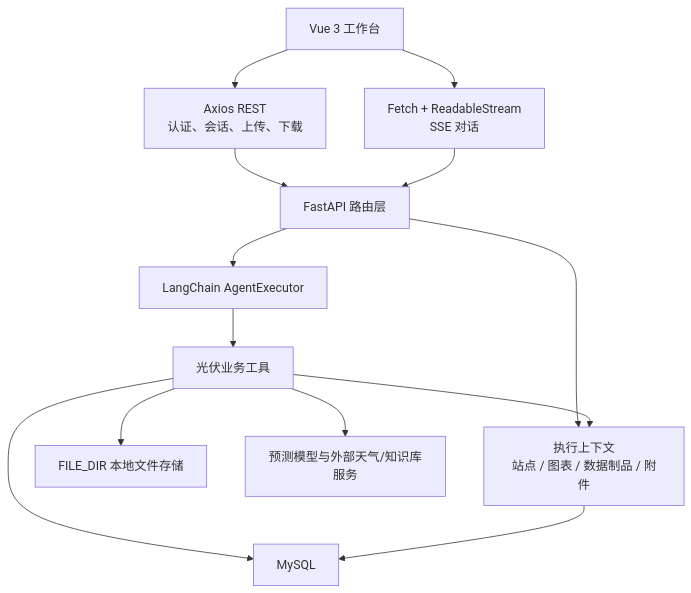
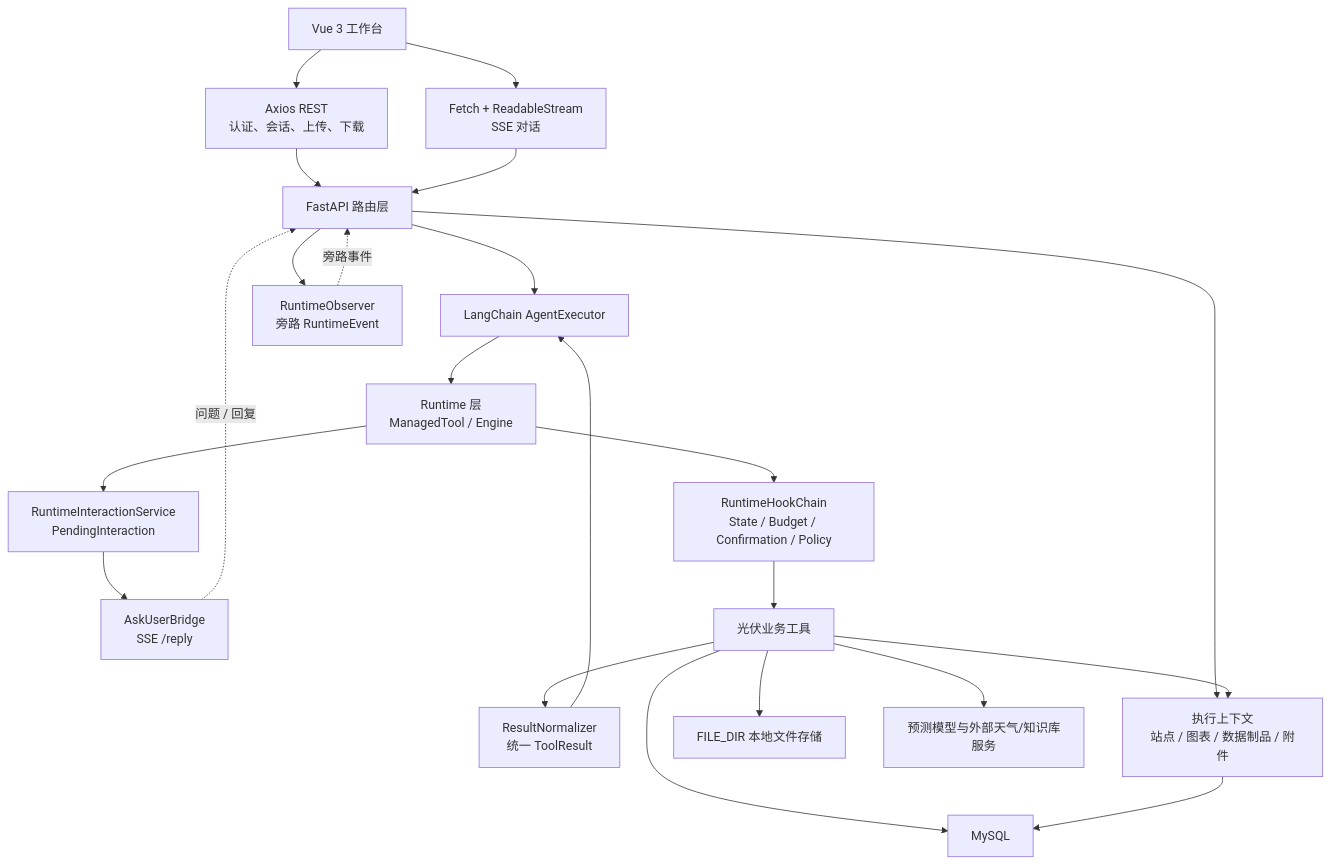
The fourth of 4 diagrams in README.md (yke6519-droid/SOLVIA), drawn with Mermaid before and after one commit. The commit also changed other lines of this file, not shown here.

Commit message:
更新了Runtime层的架构图

````diff
--- a/README.md
+++ b/README.md
@@ -249,26 +256,41 @@
 ```mermaid
 flowchart TB
     FE["Vue 3 工作台"]
     REST["Axios REST<br/>认证、会话、上传、下载"]
     SSE["Fetch + ReadableStream<br/>SSE 对话"]
     API["FastAPI 路由层"]
     AG["LangChain AgentExecutor"]
+    RT["Runtime 层<br/>ManagedTool / Engine"]
+    HC["RuntimeHookChain<br/>State / Budget / Confirmation / Policy"]
+    INT["RuntimeInteractionService<br/>PendingInteraction"]
+    BR["AskUserBridge<br/>SSE /reply"]
+    OBS["RuntimeObserver<br/>旁路 RuntimeEvent"]
+    NORM["ResultNormalizer<br/>统一 ToolResult"]
     TOOL["光伏业务工具"]
     CTX["执行上下文<br/>站点 / 图表 / 数据制品 / 附件"]
     DB["MySQL"]
     FS["FILE_DIR 本地文件存储"]
     MODEL["预测模型与外部天气/知识库服务"]
 
     FE --> REST
     FE --> SSE
     REST --> API
     SSE --> API
     API --> AG
-    AG --> TOOL
+    AG --> RT
+    RT --> HC
+    HC --> TOOL
+    RT --> INT
+    INT --> BR
+    BR -. "问题 / 回复" .-> API
+    API --> OBS
+    OBS -. "旁路事件" .-> API
+    TOOL --> NORM
+    NORM --> AG
     API --> CTX
     TOOL --> CTX
     TOOL --> DB
     TOOL --> FS
     TOOL --> MODEL
     CTX --> DB
 ```
````
